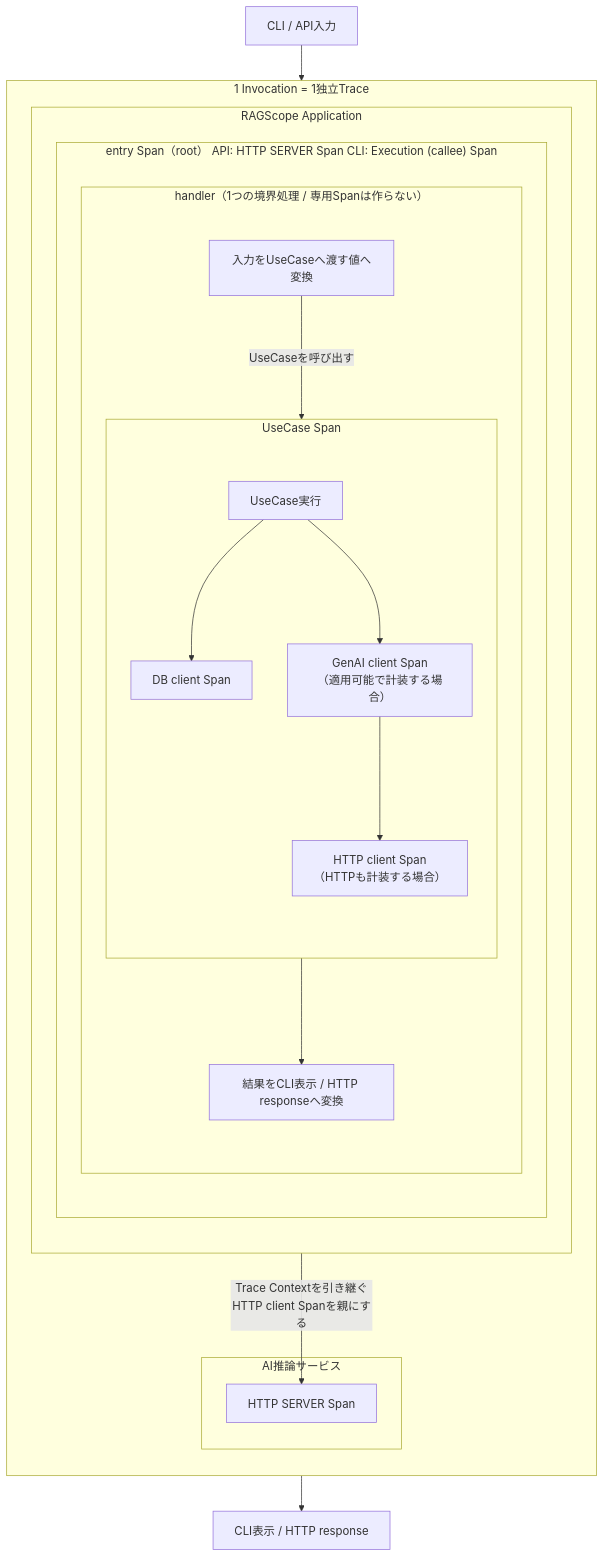
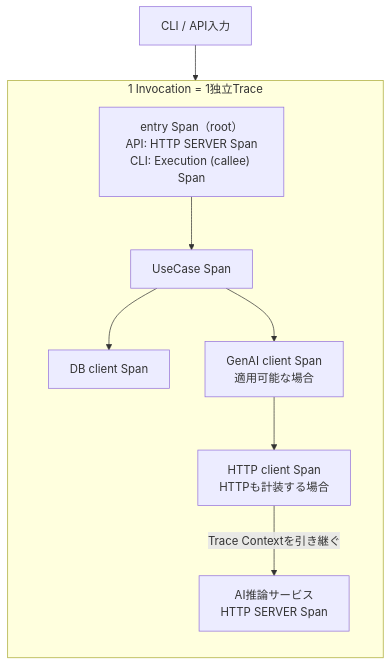
The diagram in Notes/RAGScope/RAGScopeアプリケーション/RS-0023 Trace設計メモ.md (takashit16833/Workbench), drawn with Mermaid before and after one commit. The commit also changed other lines of this file and 3 other files, not shown here.

````diff
--- a/Notes/RAGScope/RAGScopeアプリケーション/RS-0023 Trace設計メモ.md
+++ b/Notes/RAGScope/RAGScopeアプリケーション/RS-0023 Trace設計メモ.md
@@ -104,41 +101,22 @@
 ```mermaid
 flowchart TB
     INPUT["CLI / API入力"]
 
     subgraph TRACE["1 Invocation = 1独立Trace"]
         direction TB
+        ENTRY["entry Span（root）<br>API: HTTP SERVER Span<br>CLI: Execution (callee) Span"]
+        UC["UseCase Span"]
+        DB["DB client Span"]
+        GENAI["GenAI client Span<br>適用可能な場合"]
+        HTTP["HTTP client Span<br>HTTPも計装する場合"]
+        AIS["AI推論サービス<br>HTTP SERVER Span"]
 
-        subgraph APP["RAGScope Application"]
-            direction TB
-
-            subgraph ENTRY["entry Span（root） API: HTTP SERVER Span CLI: Execution (callee) Span"]
-                direction TB
-
-                subgraph HANDLER["handler（1つの境界処理 / 専用Spanは作らない）"]
-                    direction TB
-                    HIN["入力をUseCaseへ渡す値へ変換"]
-
-                    subgraph UCSPAN["UseCase Span"]
-                        direction TB
-                        UC["UseCase実行"]
-                        UC --> DB["DB client Span"]
-                        UC --> GENAI["GenAI client Span<br>（適用可能で計装する場合）"]
-                        GENAI --> AI_REQ["HTTP client Span<br>（HTTPも計装する場合）"]
-                    end
-
-                    HIN -->|"UseCaseを呼び出す"| UC
-                    UC --> HOUT["結果をCLI表示 / HTTP responseへ変換"]
-                end
-            end
-        end
-
-        subgraph AISVC["AI推論サービス"]
-            AI_SERVER["HTTP SERVER Span"]
-        end
-
-        AI_REQ -->|"Trace Contextを引き継ぐ<br>HTTP client Spanを親にする"| AI_SERVER
+        ENTRY --> UC
+        UC --> DB
+        UC --> GENAI
+        GENAI --> HTTP
+        HTTP -->|"Trace Contextを引き継ぐ"| AIS
     end
 
-    INPUT --> HIN
-    HOUT --> OUTPUT["CLI表示 / HTTP response"]
+    INPUT --> ENTRY
 ```
````
